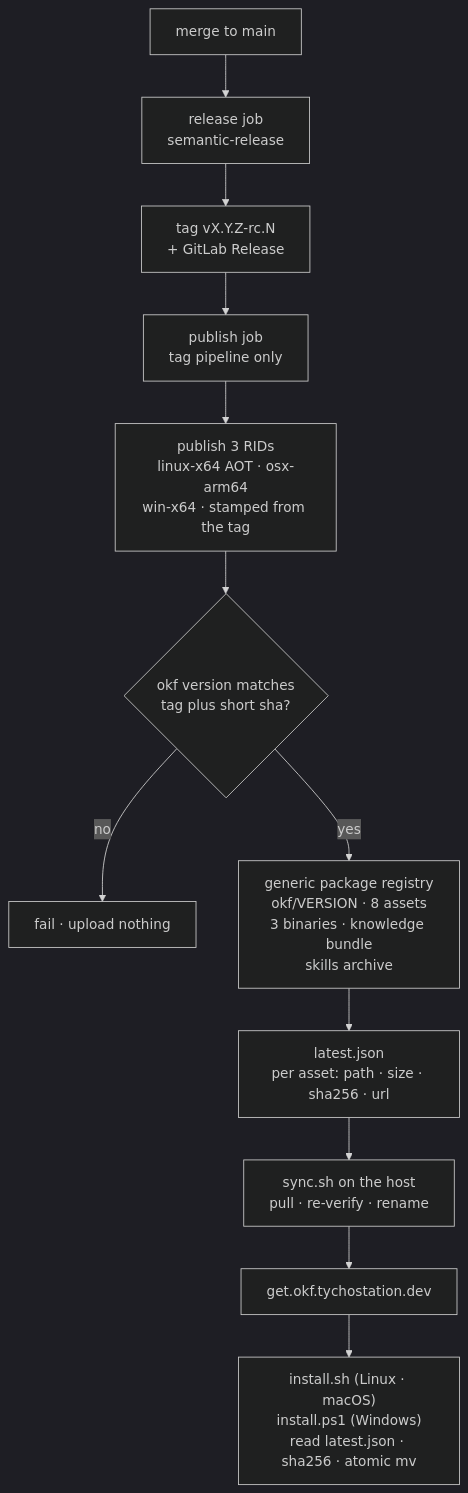
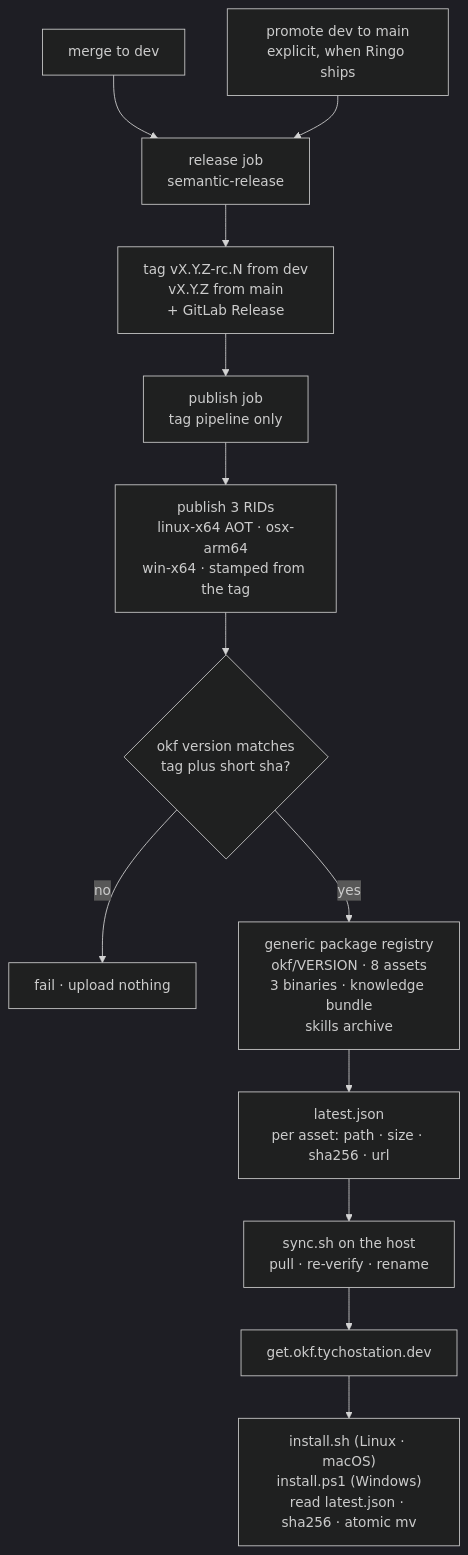
The fifth of 7 diagrams in docs/architecture.md (georgepharrison/okf-net), drawn with Mermaid (dark theme) before and after one commit. The commit also changed other lines of this file and 6 other files, not shown here.

````diff
--- a/docs/architecture.md
+++ b/docs/architecture.md
@@ -945,14 +945,15 @@
 ```mermaid
 flowchart TB
-    merge["merge to main"] --> rel["release job<br/>semantic-release"]
-    rel --> tag["tag vX.Y.Z-rc.N<br/>+ GitLab Release"]
+    merge["merge to dev"] --> rel["release job<br/>semantic-release"]
+    promote["promote dev to main<br/>explicit, when Ringo ships"] --> rel
+    rel --> tag["tag vX.Y.Z-rc.N from dev<br/>vX.Y.Z from main<br/>+ GitLab Release"]
     tag --> pub["publish job<br/>tag pipeline only"]
     pub --> build["publish 3 RIDs<br/>linux-x64 AOT · osx-arm64<br/>win-x64 · stamped from the tag"]
     build --> gate{"okf version matches<br/>tag plus short sha?"}
     gate -- no --> stop["fail · upload nothing"]
     gate -- yes --> reg["generic package registry<br/>okf/VERSION · 8 assets<br/>3 binaries · knowledge bundle<br/>skills archive"]
     reg --> man["latest.json<br/>per asset: path · size · sha256 · url"]
     man --> sync["sync.sh on the host<br/>pull · re-verify · rename"]
     sync --> host["get.okf.tychostation.dev"]
     host --> inst["install.sh (Linux · macOS)<br/>install.ps1 (Windows)<br/>read latest.json · sha256 · atomic mv"]
 ```
````
